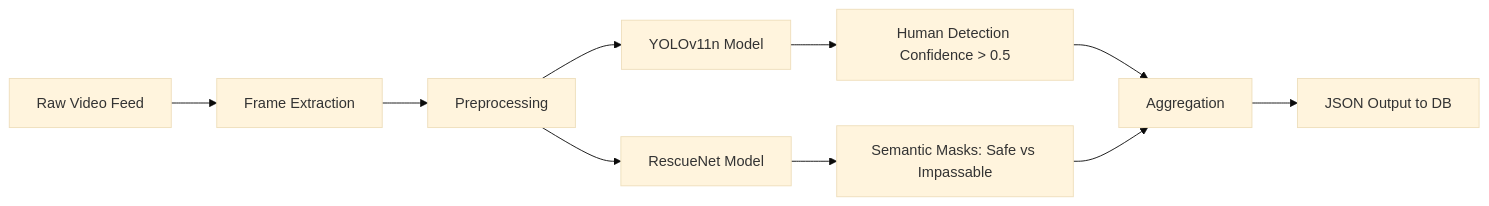
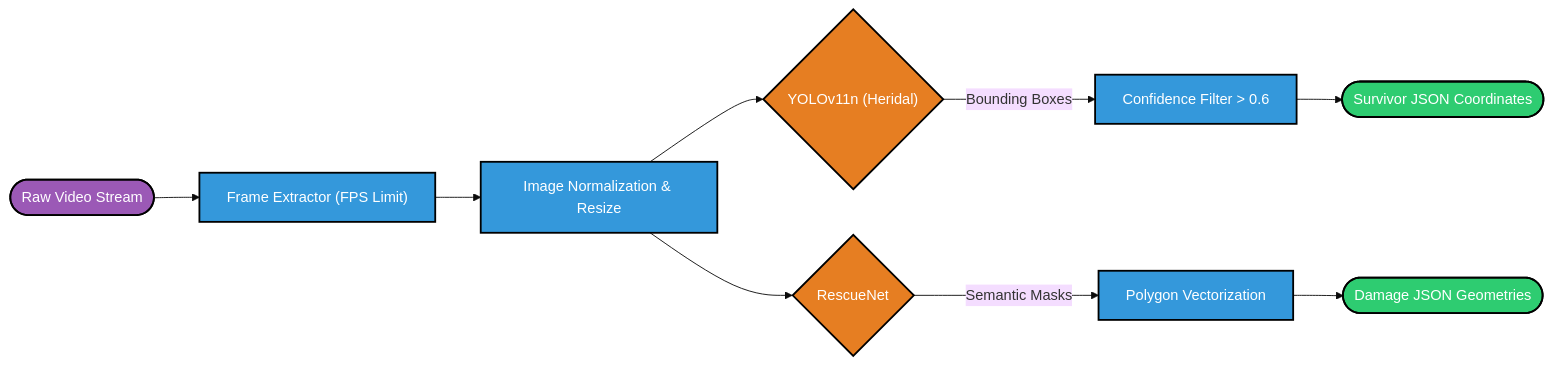
The diagram in paper_assets/ml_pipe.mmd (Amogh-1416/vayu-drishti-web), drawn with Mermaid (base theme) before and after one commit. The commit also changed 9 other files, not shown here.

Commit message:
Update Vayu-Drishti.docx with high-quality Mermaid JS flowcharts and accurate project details

```diff
--- a/paper_assets/ml_pipe.mmd
+++ b/paper_assets/ml_pipe.mmd
@@ -1,10 +1,17 @@
 graph LR
-    A[Raw Video Feed] --> B[Frame Extraction]
-    B --> C[Preprocessing]
-    C --> D[YOLOv11n Model]
-    C --> E[RescueNet Model]
-    D --> F[Human Detection Confidence > 0.5]
-    E --> G[Semantic Masks: Safe vs Impassable]
-    F --> H[Aggregation]
-    G --> H
-    H --> I[JSON Output to DB]
+    classDef input fill:#9b59b6,stroke:#000,stroke-width:2px,color:#fff;
+    classDef process fill:#3498db,stroke:#000,stroke-width:2px,color:#fff;
+    classDef model fill:#e67e22,stroke:#000,stroke-width:2px,color:#fff;
+    classDef output fill:#2ecc71,stroke:#000,stroke-width:2px,color:#fff;
+
+    A([Raw Video Stream]):::input --> B["Frame Extractor (FPS Limit)"]:::process
+    B --> C["Image Normalization & Resize"]:::process
+
+    C --> D{"YOLOv11n (Heridal)"}:::model
+    C --> E{"RescueNet"}:::model
+
+    D -- Bounding Boxes --> F["Confidence Filter > 0.6"]:::process
+    E -- Semantic Masks --> G["Polygon Vectorization"]:::process
+
+    F --> H(["Survivor JSON Coordinates"]):::output
+    G --> I(["Damage JSON Geometries"]):::output
```
